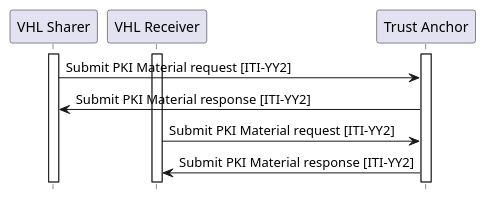
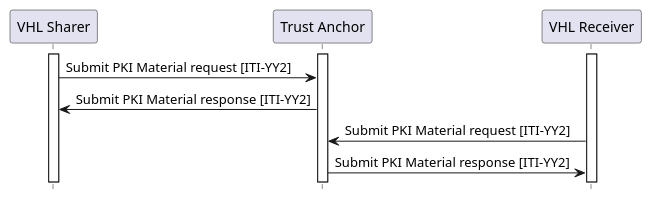
Before and after one commit to IHE/ITI.VHL: the diagram in input/images-source/ITI-YY2.plantuml, drawn with PlantUML. The commit also changed other lines of this file, not shown here.

```diff
--- a/input/images-source/ITI-YY2.plantuml
+++ b/input/images-source/ITI-YY2.plantuml
@@ -1,19 +1,19 @@
 @startuml
 skinparam svgDimensionStyle false
 hide footbox
 participant "VHL Sharer" as VHLS
+participant "Trust Anchor" as TA
 participant "VHL Receiver" as VHLR
-participant "Trust Anchor" as TA
 
 activate VHLS
 activate TA
 activate VHLR
 
 
 VHLS -> TA : Submit PKI Material request [ITI-YY2]
 TA -> VHLS : Submit PKI Material response [ITI-YY2]
 VHLR -> TA : Submit PKI Material request [ITI-YY2]
 TA -> VHLR : Submit PKI Material response [ITI-YY2]
 
 
 @enduml
```
